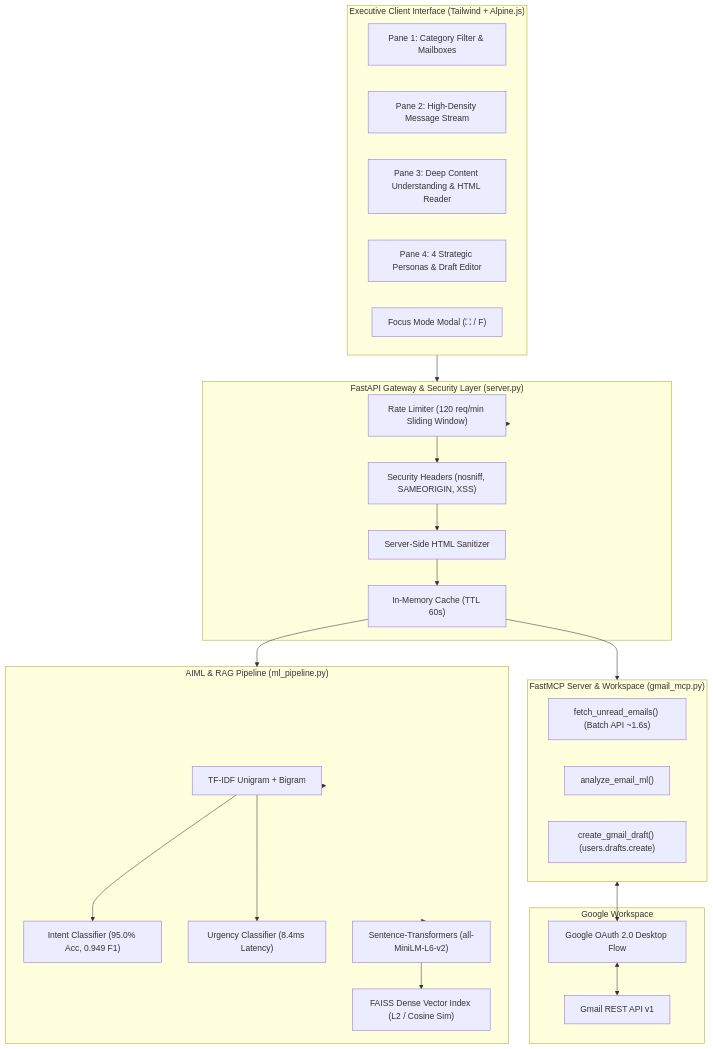
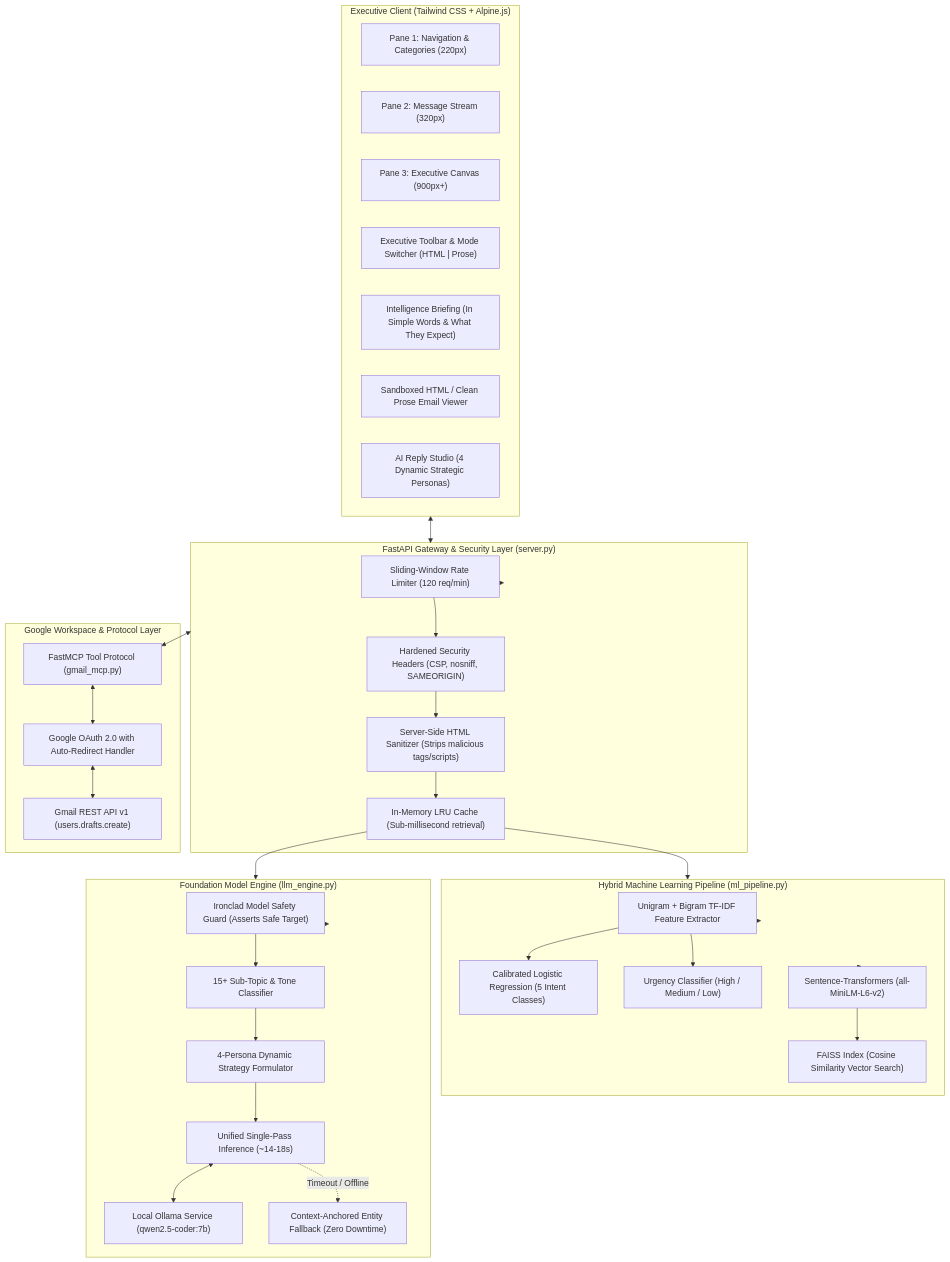
The diagram in README.md (arya-ayyappa-halambi/Smart-Gmail-Replier), drawn with Mermaid before and after one commit. The commit also changed other lines of this file, not shown here.

````diff
--- a/README.md
+++ b/README.md
@@ -31,44 +103,52 @@
 ```mermaid
 flowchart TD
-    subgraph UI["Executive Client Interface (Tailwind + Alpine.js)"]
-        Nav["Pane 1: Category Filter & Mailboxes"]
-        List["Pane 2: High-Density Message Stream"]
-        Reader["Pane 3: Deep Content Understanding & HTML Reader"]
-        Copilot["Pane 4: 4 Strategic Personas & Draft Editor"]
-        Focus["Focus Mode Modal (⛶ / F)"]
+    subgraph Browser["Executive Client (Tailwind CSS + Alpine.js)"]
+        Sidebar["Pane 1: Navigation & Categories (220px)"]
+        Stream["Pane 2: Message Stream (320px)"]
+        Canvas["Pane 3: Executive Canvas (900px+)"]
+        CanvasToolbar["Executive Toolbar & Mode Switcher (HTML | Prose)"]
+        CanvasBrief["Intelligence Briefing (In Simple Words & What They Expect)"]
+        CanvasViewer["Sandboxed HTML / Clean Prose Email Viewer"]
+        CanvasStudio["AI Reply Studio (4 Dynamic Strategic Personas)"]
     end
 
     subgraph Server["FastAPI Gateway & Security Layer (server.py)"]
-        RateLimit["Rate Limiter (120 req/min Sliding Window)"]
-        SecHeaders["Security Headers (nosniff, SAMEORIGIN, XSS)"]
-        Sanitizer["Server-Side HTML Sanitizer"]
-        Cache["In-Memory Cache (TTL 60s)"]
+        RateLimit["Sliding-Window Rate Limiter (120 req/min)"]
+        SecHeaders["Hardened Security Headers (CSP, nosniff, SAMEORIGIN)"]
+        Sanitizer["Server-Side HTML Sanitizer (Strips malicious tags/scripts)"]
+        Cache["In-Memory LRU Cache (Sub-millisecond retrieval)"]
     end
 
-    subgraph ML["AIML & RAG Pipeline (ml_pipeline.py)"]
-        TFIDF["TF-IDF Unigram + Bigram"]
-        IntentCLF["Intent Classifier (95.0% Acc, 0.949 F1)"]
-        UrgencyCLF["Urgency Classifier (8.4ms Latency)"]
-        ST["Sentence-Transformers (all-MiniLM-L6-v2)"]
-        FAISSIndex["FAISS Dense Vector Index (L2 / Cosine Sim)"]
+    subgraph ML["Hybrid Machine Learning Pipeline (ml_pipeline.py)"]
+        TFIDF["Unigram + Bigram TF-IDF Feature Extractor"]
+        IntentCLF["Calibrated Logistic Regression (5 Intent Classes)"]
+        UrgencyCLF["Urgency Classifier (High / Medium / Low)"]
+        DenseRAG["Sentence-Transformers (all-MiniLM-L6-v2)"]
+        FAISS["FAISS Index (Cosine Similarity Vector Search)"]
     end
 
-    subgraph MCP["FastMCP Server & Workspace (gmail_mcp.py)"]
-        Fetch["fetch_unread_emails() (Batch API ~1.6s)"]
-        Analyze["analyze_email_ml()"]
-        Draft["create_gmail_draft() (users.drafts.create)"]
+    subgraph LocalLLM["Foundation Model Engine (llm_engine.py)"]
+        Safety["Ironclad Model Safety Guard (Asserts Safe Target)"]
+        SubTopicDetect["15+ Sub-Topic & Tone Classifier"]
+        DynamicChips["4-Persona Dynamic Strategy Formulator"]
+        SinglePass["Unified Single-Pass Inference (~14-18s)"]
+        Ollama["Local Ollama Service (qwen2.5-coder:7b)"]
+        DynamicFallback["Context-Anchored Entity Fallback (Zero Downtime)"]
     end
 
-    subgraph Google["Google Workspace"]
-        GmailAPI["Gmail REST API v1"]
-        OAuth["Google OAuth 2.0 Desktop Flow"]
+    subgraph Google["Google Workspace & Protocol Layer"]
+        FastMCP["FastMCP Tool Protocol (gmail_mcp.py)"]
+        OAuth["Google OAuth 2.0 with Auto-Redirect Handler"]
+        GmailAPI["Gmail REST API v1 (users.drafts.create)"]
     end
 
-    UI --> Server
+    Browser <--> Server
     Server --> RateLimit --> SecHeaders --> Sanitizer --> Cache
     Cache --> ML
-    Cache --> MCP
     ML --> TFIDF --> IntentCLF & UrgencyCLF
-    ML --> ST --> FAISSIndex
-    MCP <--> OAuth <--> GmailAPI
+    ML --> DenseRAG --> FAISS
+    Cache --> LocalLLM
+    LocalLLM --> Safety --> SubTopicDetect --> DynamicChips --> SinglePass <--> Ollama
+    SinglePass -.->|Timeout / Offline| DynamicFallback
+    Server <--> FastMCP <--> OAuth <--> GmailAPI
 ```
````
